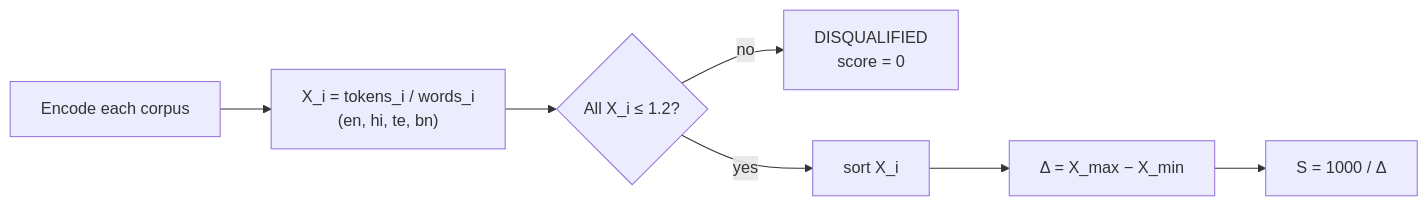
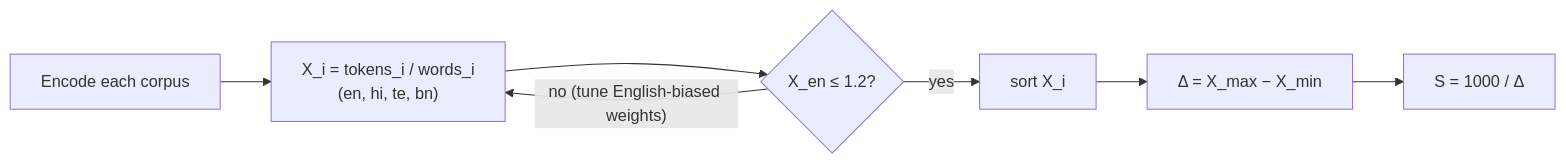
One commit to AditeyaAItronics/llm_finetune_assignments changed the first of 5 diagrams in india-bpe-tokenizer/BPE_Tokenizer_Design_Spec.md. Above: the diagram before and after it, drawn with Mermaid. The commit also changed other lines of this file and 38 other files, not shown here.

````diff
--- a/india-bpe-tokenizer/BPE_Tokenizer_Design_Spec.md
+++ b/india-bpe-tokenizer/BPE_Tokenizer_Design_Spec.md
@@ -67,9 +69,9 @@
 ```mermaid
 flowchart LR
     A[Encode each corpus] --> B["X_i = tokens_i / words_i<br/>(en, hi, te, bn)"]
-    B --> C{All X_i ≤ 1.2?}
-    C -- no --> D[DISQUALIFIED<br/>score = 0]
+    B --> C{X_en ≤ 1.2?}
+    C -- "no (tune English-biased weights)" --> B
     C -- yes --> E[sort X_i]
     E --> F["Δ = X_max − X_min"]
     F --> G["S = 1000 / Δ"]
 ```
````
